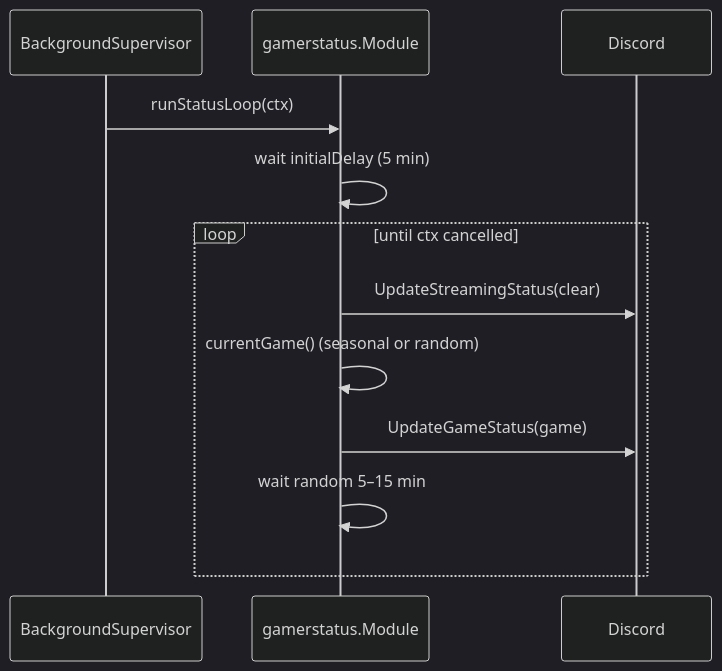
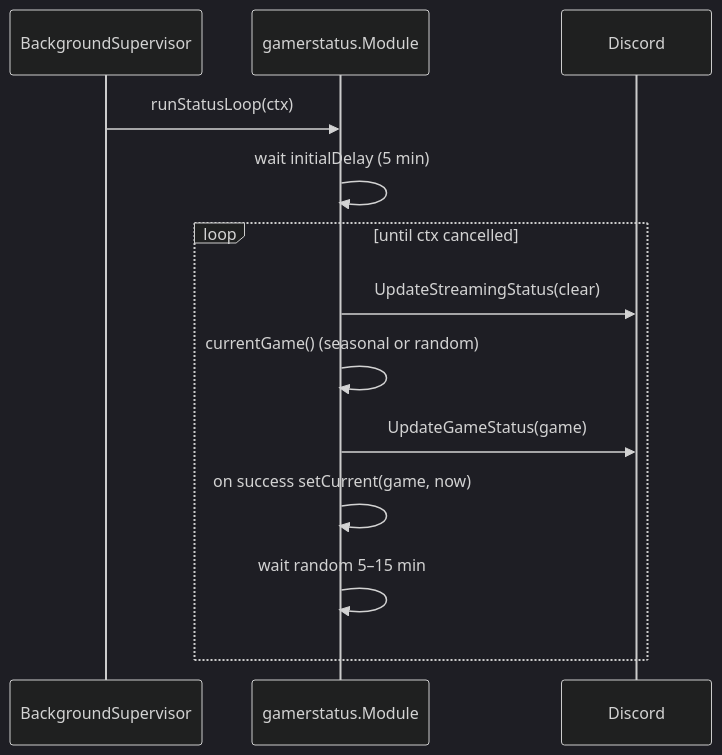
Before and after one commit to toksikk/gidbig: the diagram in docs/modules/gamerstatus.md, drawn with Mermaid (dark theme). The commit also changed other lines of this file and 5 other files, not shown here.

Commit message:
gamerstatus: add current_game_status LLM tool

````diff
--- a/docs/modules/gamerstatus.md
+++ b/docs/modules/gamerstatus.md
@@ -9,15 +11,16 @@
 ```mermaid
 sequenceDiagram
     participant Sup as BackgroundSupervisor
     participant M as gamerstatus.Module
     participant D as Discord
 
     Sup->>M: runStatusLoop(ctx)
     M->>M: wait initialDelay (5 min)
     loop until ctx cancelled
         M->>D: UpdateStreamingStatus(clear)
         M->>M: currentGame() (seasonal or random)
         M->>D: UpdateGameStatus(game)
+        M->>M: on success setCurrent(game, now)
         M->>M: wait random 5–15 min
     end
 ```
````
